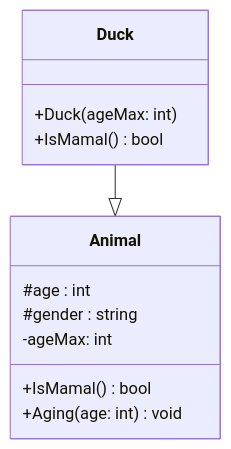
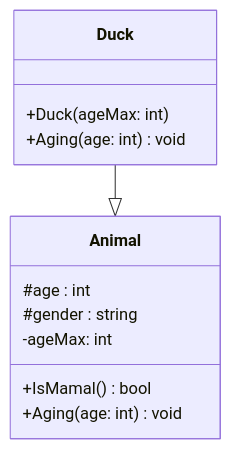
Before and after one commit to Team-Panoptes/classes: the second of 2 diagrams in Team Panoptes Classes/UML/Diagramme de classes - héritage.md, drawn with Mermaid. The commit also changed 1 other file, not shown here.

Commit message:
add other sequence diagram exemple

````diff
--- a/Team Panoptes Classes/UML/Diagramme de classes - héritage.md
+++ b/Team Panoptes Classes/UML/Diagramme de classes - héritage.md
@@ -31,19 +31,19 @@
 ```mermaid
 classDiagram
 
 class Animal{
 #age : int
 #gender : string
 -ageMax: int
 +IsMamal() bool
 +Aging(age: int) void
 }
 
 class Duck {
 +Duck(ageMax: int)
-+IsMamal() bool
++Aging(age: int) void
 }
 
 Duck --|> Animal
 
 ```
````
